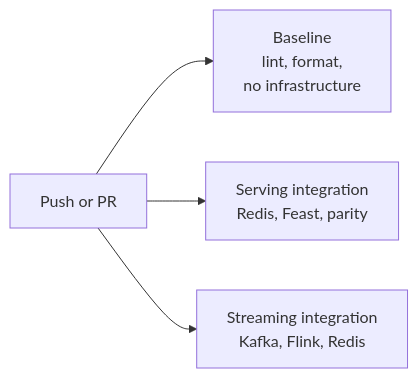
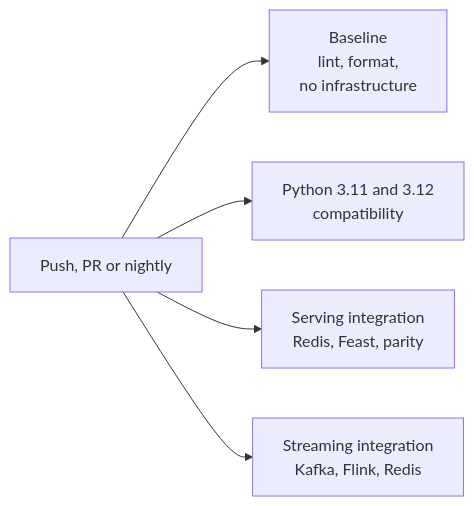
Before and after one commit to oster-dev/featureforge: the third of 3 diagrams in CONTRIBUTING.md, drawn with Mermaid. The commit also changed other lines of this file and 4 other files, not shown here.

Commit message:
docs: update README, ARCHITECTURE, CONTRIBUTING, blueprint and demo with the spec engine

````diff
--- a/CONTRIBUTING.md
+++ b/CONTRIBUTING.md
@@ -186,6 +230,7 @@
 ```mermaid
 flowchart LR
-    PR[Push or PR] --> B[Baseline<br/>lint, format,<br/>no infrastructure]
+    PR[Push, PR or nightly] --> B[Baseline<br/>lint, format,<br/>no infrastructure]
+    PR --> C[Python 3.11 and 3.12<br/>compatibility]
     PR --> S[Serving integration<br/>Redis, Feast, parity]
     PR --> F[Streaming integration<br/>Kafka, Flink, Redis]
 ```
````
